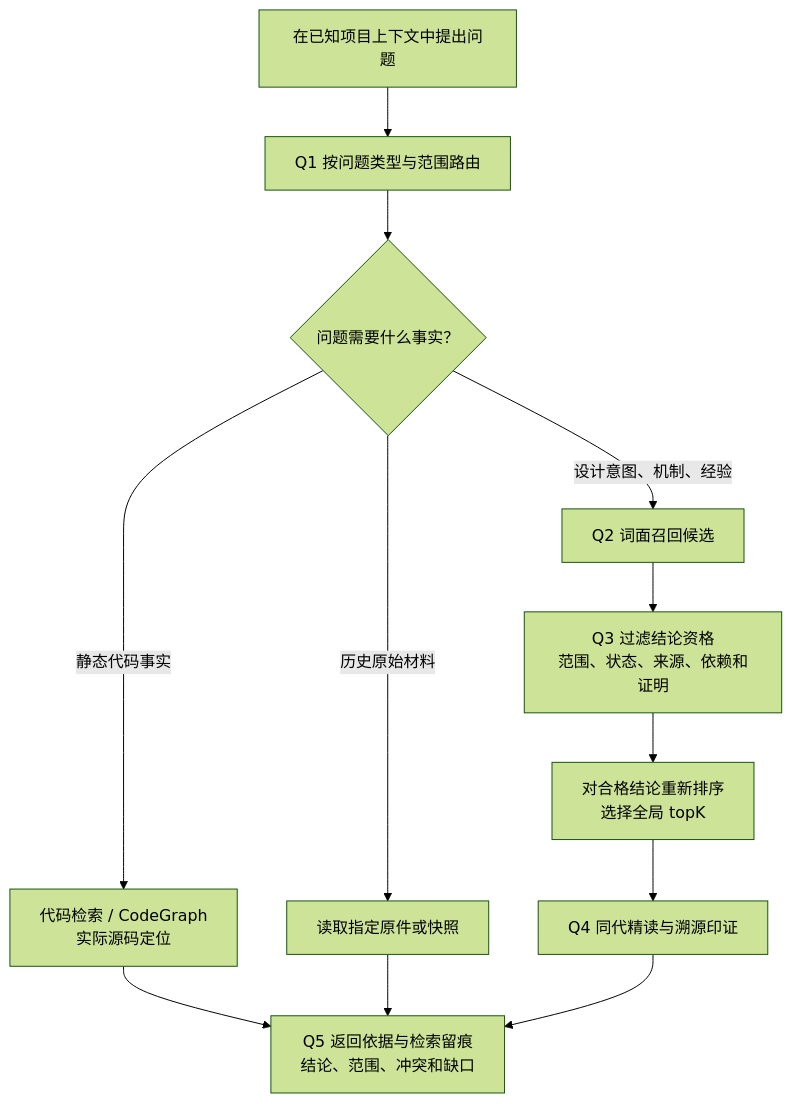
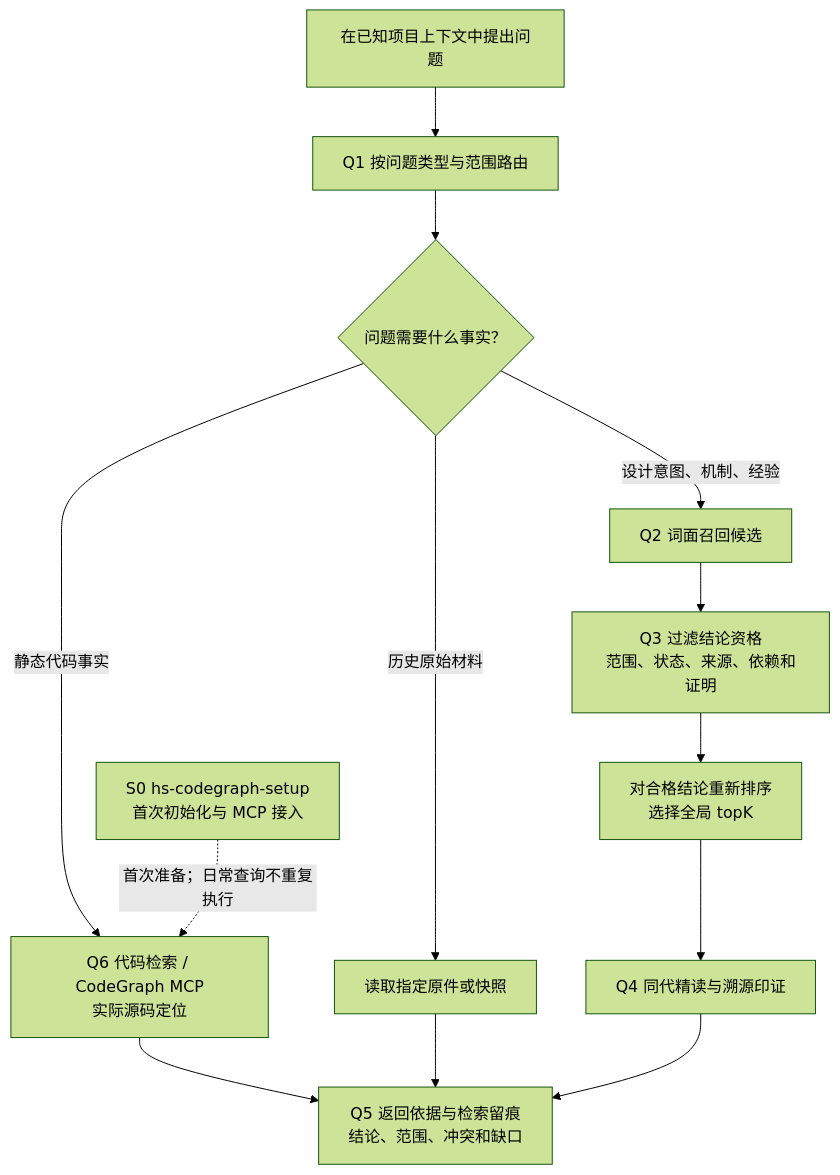
One commit to Robin-hhc/FactumCore changed the eighth of 26 diagrams in aiotbot-knowledge-wifi-mp/docs-llm-wiki/知识库详细设计.md. Above: the diagram before and after it, drawn with Mermaid (forest theme). The commit also changed other lines of this file and 11 other files, not shown here.

First line of the commit message:
feat: add CodeGraph setup and source navigation guidance

````diff
--- a/aiotbot-knowledge-wifi-mp/docs-llm-wiki/知识库详细设计.md
+++ b/aiotbot-knowledge-wifi-mp/docs-llm-wiki/知识库详细设计.md
@@ -347,14 +347,15 @@
 ```mermaid
 flowchart TD
     U["在已知项目上下文中提出问题"] --> Q1["Q1 按问题类型与范围路由"]
     Q1 --> ROUTE{"问题需要什么事实？"}
-    ROUTE -->|静态代码事实| CODE["代码检索 / CodeGraph<br/>实际源码定位"]
+    ROUTE -->|静态代码事实| Q6["Q6 代码检索 / CodeGraph MCP<br/>实际源码定位"]
+    S0["S0 hs-codegraph-setup<br/>首次初始化与 MCP 接入"] -. "首次准备；日常查询不重复执行" .-> Q6
     ROUTE -->|历史原始材料| RAW["读取指定原件或快照"]
     ROUTE -->|设计意图、机制、经验| Q2["Q2 词面召回候选"]
     Q2 --> Q3["Q3 过滤结论资格<br/>范围、状态、来源、依赖和证明"]
     Q3 --> TOP["对合格结论重新排序<br/>选择全局 topK"]
     TOP --> Q4["Q4 同代精读与溯源印证"]
-    CODE --> Q5
+    Q6 --> Q5
     RAW --> Q5
     Q4 --> Q5["Q5 返回依据与检索留痕<br/>结论、范围、冲突和缺口"]
 ```
````
